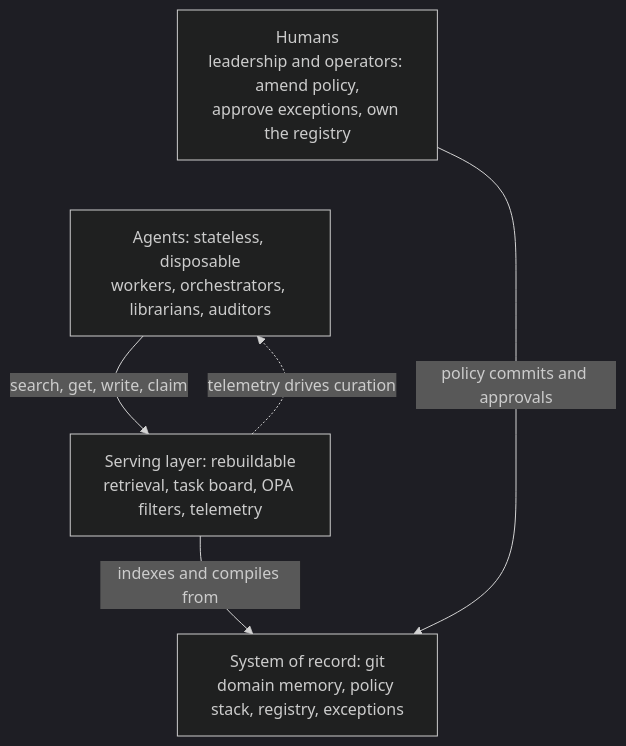
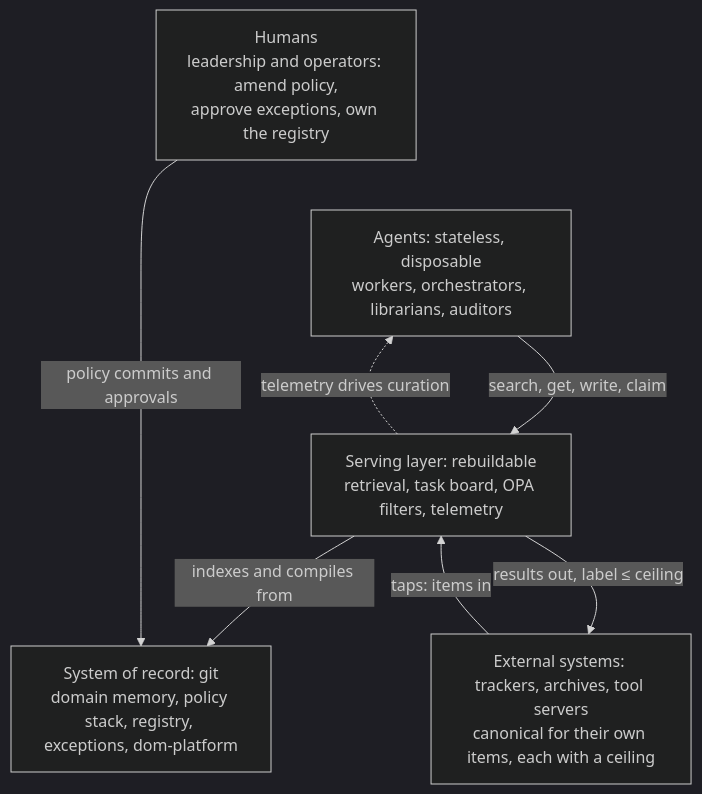
One commit to apache/tooling-memory changed the first of 14 diagrams in docs/durable-memory-for-disposable-agents.md. Above: the diagram before and after it, drawn with Mermaid (dark theme). The commit also changed other lines of this file and 1 other file, not shown here.

First line of the commit message:
Memory paper: September revision (#10)

````diff
--- a/docs/durable-memory-for-disposable-agents.md
+++ b/docs/durable-memory-for-disposable-agents.md
@@ -49,13 +49,16 @@
 ```mermaid
 flowchart TB
     HUM["Humans<br/>leadership and operators: amend policy,<br/>approve exceptions, own the registry"]
     AGT["Agents: stateless, disposable<br/>workers, orchestrators, librarians, auditors"]
     SRV["Serving layer: rebuildable<br/>retrieval, task board, OPA filters, telemetry"]
-    REC["System of record: git<br/>domain memory, policy stack, registry, exceptions"]
+    REC["System of record: git<br/>domain memory, policy stack, registry, exceptions, dom-platform"]
+    EXT["External systems: trackers, archives, tool servers<br/>canonical for their own items, each with a ceiling"]
 
     HUM ~~~ AGT
     AGT -->|"search, get, write, claim"| SRV
     SRV -->|"indexes and compiles from"| REC
     HUM -->|"policy commits and approvals"| REC
     SRV -.->|"telemetry drives curation"| AGT
+    EXT -->|"taps: items in"| SRV
+    SRV -->|"results out, label ≤ ceiling"| EXT
 ```
````
